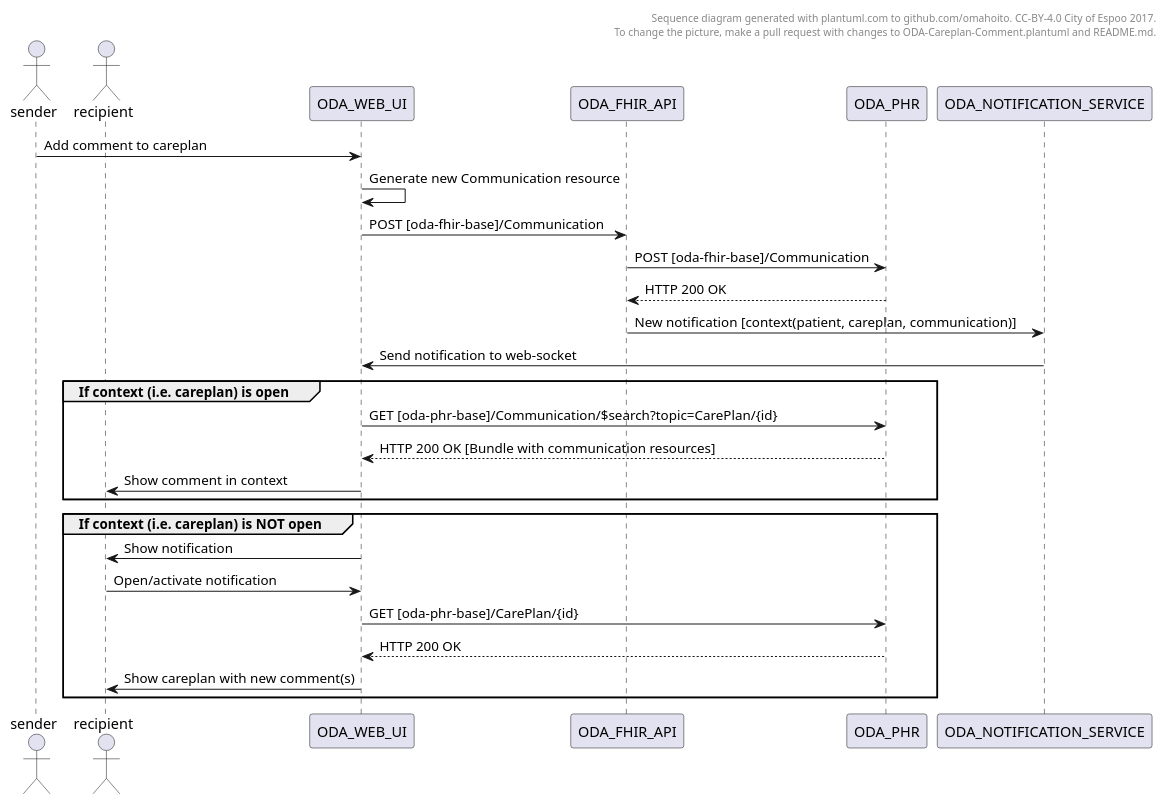
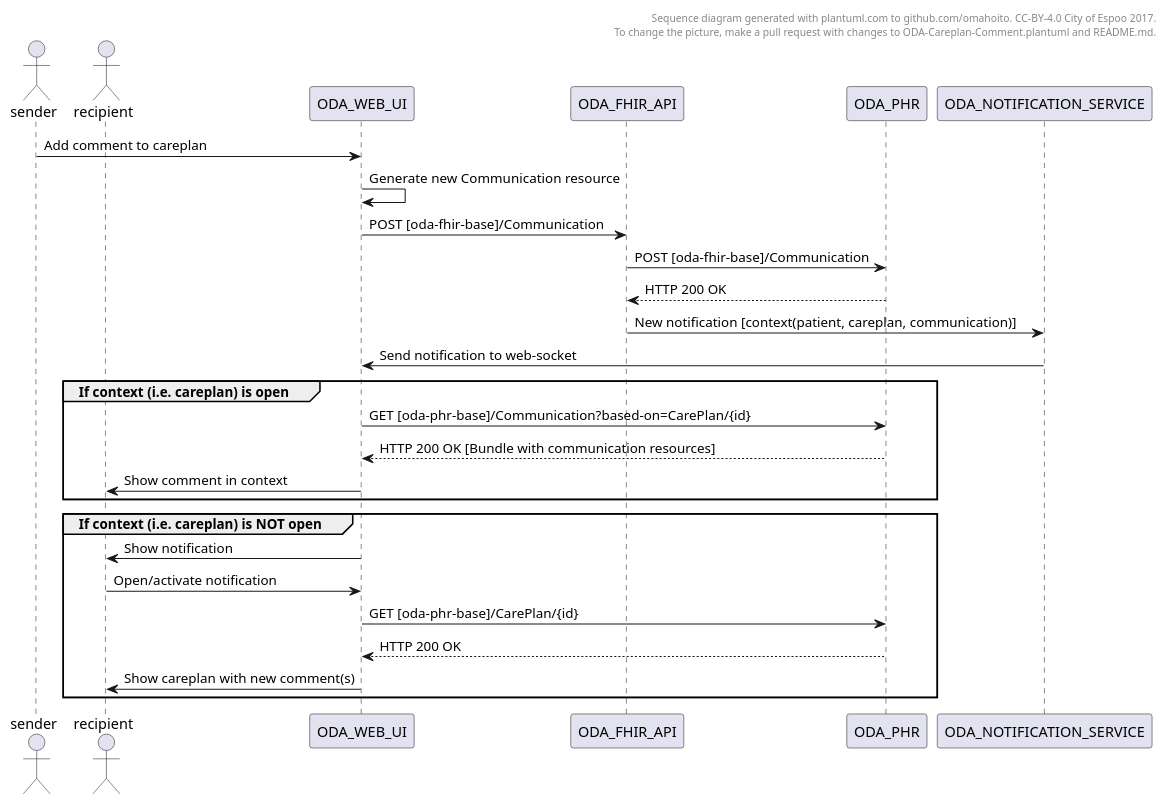
The diagram in sequence-diagrams/ODA-Careplan-Comment.plantuml (ruoat/definitions), drawn with PlantUML before and after one commit. The commit also changed 2 other files, not shown here.

Commit message:
KP-84 Updated sequence diagrams to match data model

```diff
--- a/sequence-diagrams/ODA-Careplan-Comment.plantuml
+++ b/sequence-diagrams/ODA-Careplan-Comment.plantuml
@@ -1,38 +1,38 @@
 @startuml 
 header
 Sequence diagram generated with plantuml.com to github.com/omahoito. CC-BY-4.0 City of Espoo 2017. 
 To change the picture, make a pull request with changes to ODA-Careplan-Comment.plantuml and README.md.
 endheader
 
 actor sender
 actor recipient
 participant ODA_WEB_UI
 participant ODA_FHIR_API
 participant ODA_PHR
 participant ODA_NOTIFICATION_SERVICE
 
 
 sender -> ODA_WEB_UI: Add comment to careplan
 ODA_WEB_UI -> ODA_WEB_UI: Generate new Communication resource
 ODA_WEB_UI -> ODA_FHIR_API: POST [oda-fhir-base]/Communication
 ODA_FHIR_API -> ODA_PHR: POST [oda-fhir-base]/Communication
 ODA_PHR --> ODA_FHIR_API: HTTP 200 OK
 ODA_FHIR_API -> ODA_NOTIFICATION_SERVICE: New notification [context(patient, careplan, communication)]
 ODA_NOTIFICATION_SERVICE -> ODA_WEB_UI: Send notification to web-socket
 group If context (i.e. careplan) is open
-ODA_WEB_UI -> ODA_PHR: GET [oda-phr-base]/Communication/$search?topic=CarePlan/{id} 
+ODA_WEB_UI -> ODA_PHR: GET [oda-phr-base]/Communication?based-on=CarePlan/{id} 
 ODA_PHR --> ODA_WEB_UI: HTTP 200 OK [Bundle with communication resources]
 ODA_WEB_UI -> recipient: Show comment in context
 end
 
 group If context (i.e. careplan) is NOT open
 ODA_WEB_UI -> recipient: Show notification
 recipient -> ODA_WEB_UI: Open/activate notification
 ODA_WEB_UI -> ODA_PHR: GET [oda-phr-base]/CarePlan/{id} 
 ODA_PHR --> ODA_WEB_UI: HTTP 200 OK
 ODA_WEB_UI -> recipient: Show careplan with new comment(s)
 end
 
 
 
 @enduml
```
